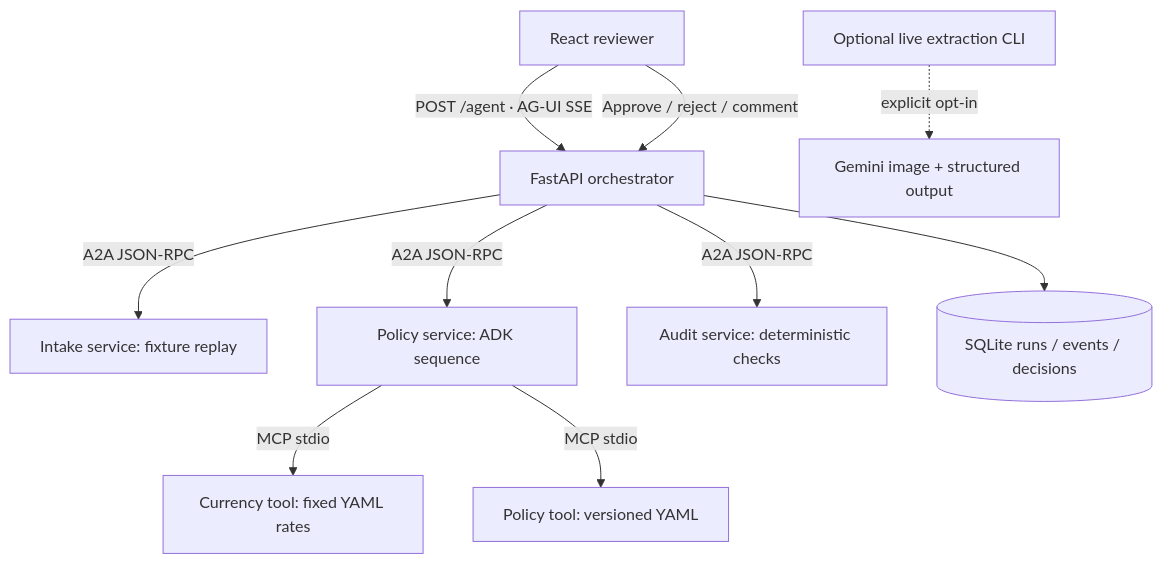
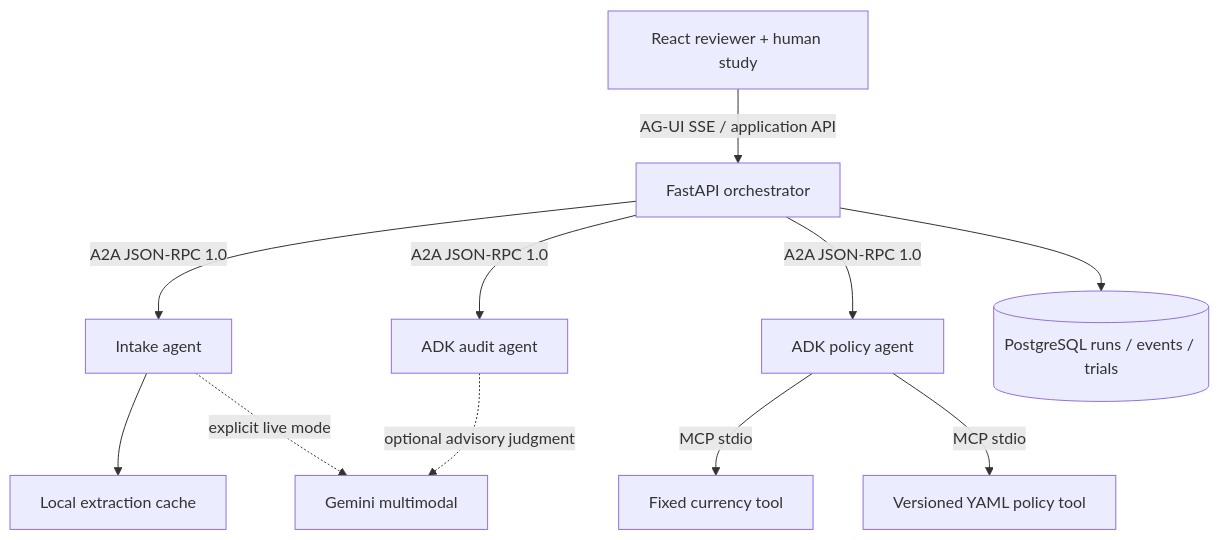
One commit to siriniguntoju/expense-auditor changed the diagram in README.md. Above: the diagram before and after it, drawn with Mermaid. The commit also changed other lines of this file and 418 other files, not shown here.

Commit message:
Add live receipt intake, PostgreSQL and human timing study

````diff
--- a/README.md
+++ b/README.md
@@ -32,12 +86,13 @@
 ```mermaid
 flowchart TD
-    UI[React reviewer] -->|POST /agent · AG-UI SSE| API[FastAPI orchestrator]
-    API -->|A2A JSON-RPC| I[Intake service: fixture replay]
-    API -->|A2A JSON-RPC| P[Policy service: ADK sequence]
-    API -->|A2A JSON-RPC| A[Audit service: deterministic checks]
-    P -->|MCP stdio| FX[Currency tool: fixed YAML rates]
-    P -->|MCP stdio| RULES[Policy tool: versioned YAML]
-    API --> DB[(SQLite runs / events / decisions)]
-    UI -->|Approve / reject / comment| API
-    CLI[Optional live extraction CLI] -. explicit opt-in .-> G[Gemini image + structured output]
+    UI[React reviewer + human study] -->|AG-UI SSE / application API| API[FastAPI orchestrator]
+    API -->|A2A JSON-RPC 1.0| I[Intake agent]
+    API -->|A2A JSON-RPC 1.0| P[ADK policy agent]
+    API -->|A2A JSON-RPC 1.0| A[ADK audit agent]
+    I --> C[Local extraction cache]
+    I -. explicit live mode .-> G[Gemini multimodal]
+    P -->|MCP stdio| FX[Fixed currency tool]
+    P -->|MCP stdio| RULES[Versioned YAML policy tool]
+    A -. optional advisory judgment .-> G
+    API --> DB[(PostgreSQL runs / events / trials)]
 ```
````
